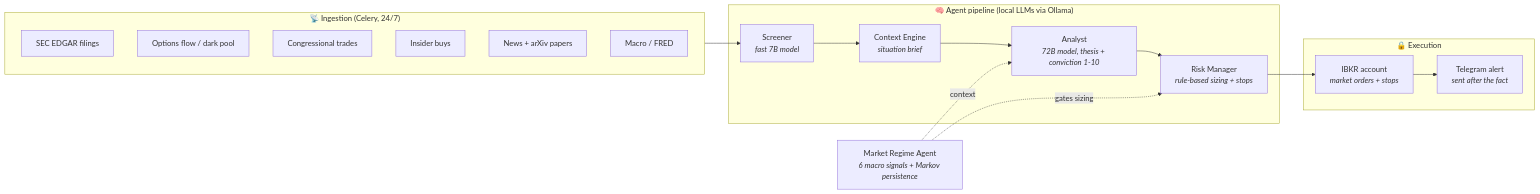
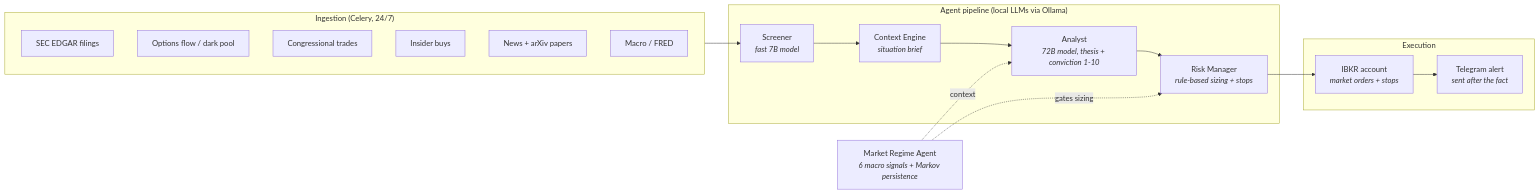
One commit to LukePuz/helios changed the diagram in README.md. Above: the diagram before and after it, drawn with Mermaid. The commit also changed other lines of this file and 1 other file, not shown here.

````diff
--- a/README.md
+++ b/README.md
@@ -17,28 +17,28 @@
 ```mermaid
 flowchart LR
-    subgraph Ingestion["📡 Ingestion (Celery, 24/7)"]
+    subgraph Ingestion["Ingestion (Celery, 24/7)"]
         E[SEC EDGAR filings]
         O[Options flow / dark pool]
         C[Congressional trades]
         I[Insider buys]
         N[News + arXiv papers]
         M[Macro / FRED]
     end
 
-    subgraph Pipeline["🧠 Agent pipeline (local LLMs via Ollama)"]
+    subgraph Pipeline["Agent pipeline (local LLMs via Ollama)"]
         S[Screener<br/><i>fast 7B model</i>]
         B[Context Engine<br/><i>situation brief</i>]
         A[Analyst<br/><i>72B model, thesis + conviction 1-10</i>]
         R[Risk Manager<br/><i>rule-based sizing + stops</i>]
     end
 
-    subgraph Execution["🔒 Execution"]
+    subgraph Execution["Execution"]
         IB[IBKR account<br/><i>market orders + stops</i>]
         T[Telegram alert<br/><i>sent after the fact</i>]
     end
 
     Ingestion --> S --> B --> A --> R --> IB --> T
 
     REG[Market Regime Agent<br/><i>6 macro signals + Markov persistence</i>] -.->|gates sizing| R
     REG -.->|context| A
 ```
````
